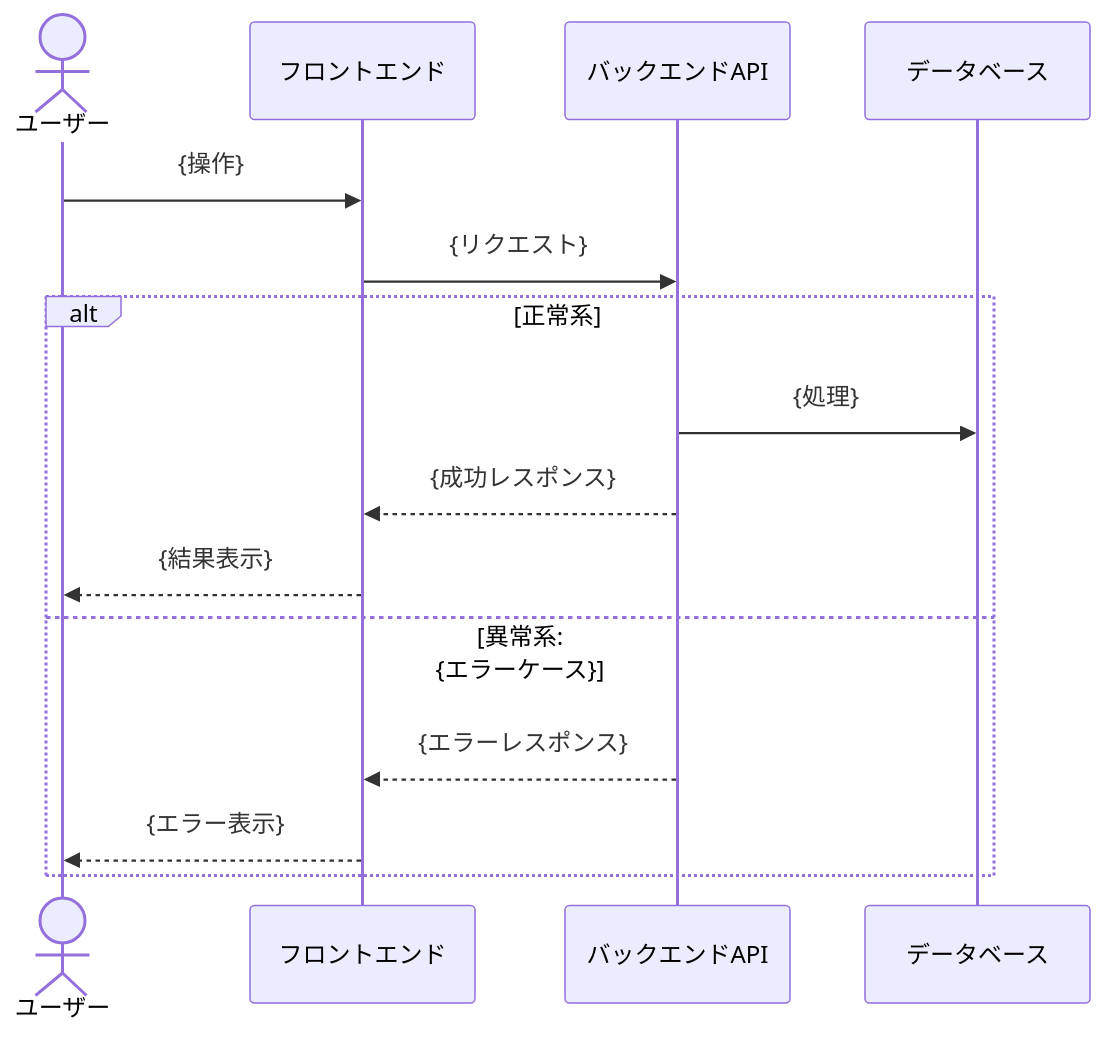
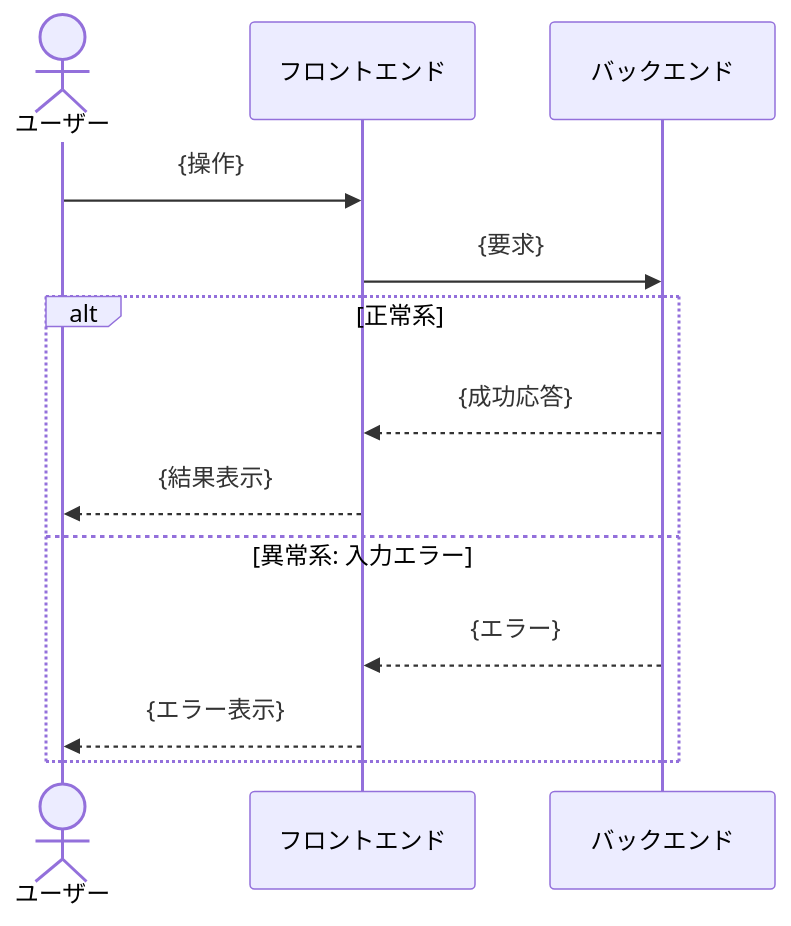
One commit to mrtry-lab/skills changed the second of 2 diagrams in skills/agile-refine-backlog/SKILL.md. Above: the diagram before and after it, drawn with Mermaid. The commit also changed other lines of this file, not shown here.

````diff
--- a/skills/agile-refine-backlog/SKILL.md
+++ b/skills/agile-refine-backlog/SKILL.md
@@ -166,19 +170,17 @@
 ```mermaid
 sequenceDiagram
     actor User as ユーザー
     participant FE as フロントエンド
-    participant API as バックエンドAPI
-    participant DB as データベース
+    participant Backend as バックエンド
 
     User->>FE: {操作}
-    FE->>API: {リクエスト}
-    
+    FE->>Backend: {要求}
+
     alt 正常系
-        API->>DB: {処理}
-        API-->>FE: {成功レスポンス}
+        Backend-->>FE: {成功応答}
         FE-->>User: {結果表示}
-    else 異常系: {エラーケース}
-        API-->>FE: {エラーレスポンス}
+    else 異常系: 入力エラー
+        Backend-->>FE: {エラー}
         FE-->>User: {エラー表示}
     end
 ```
````
